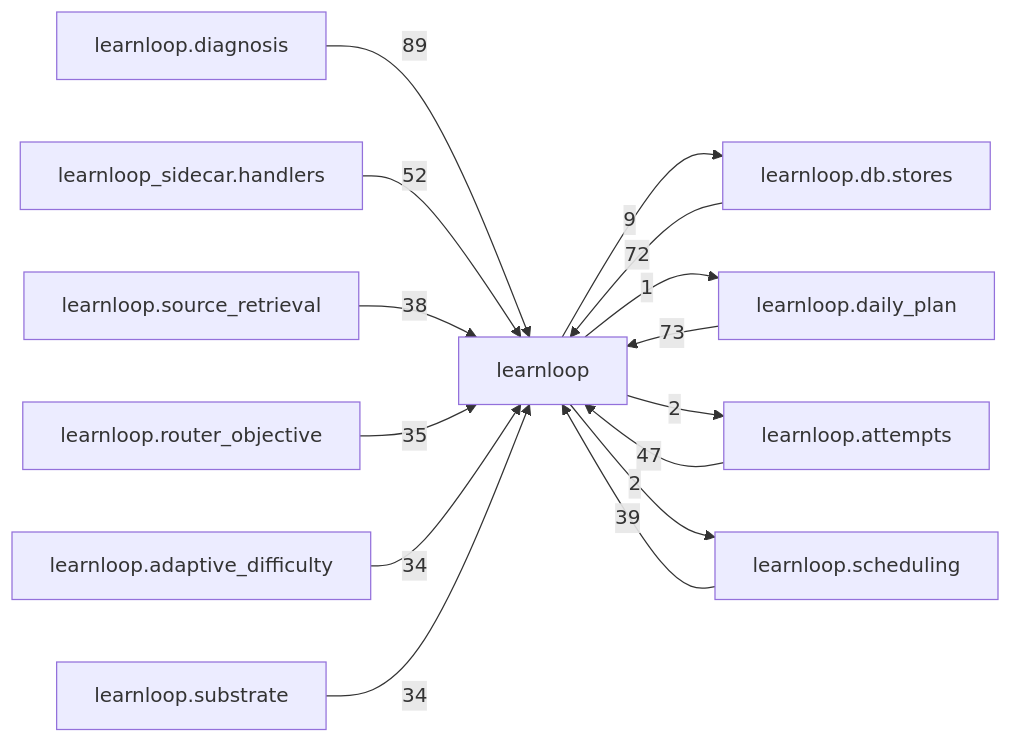
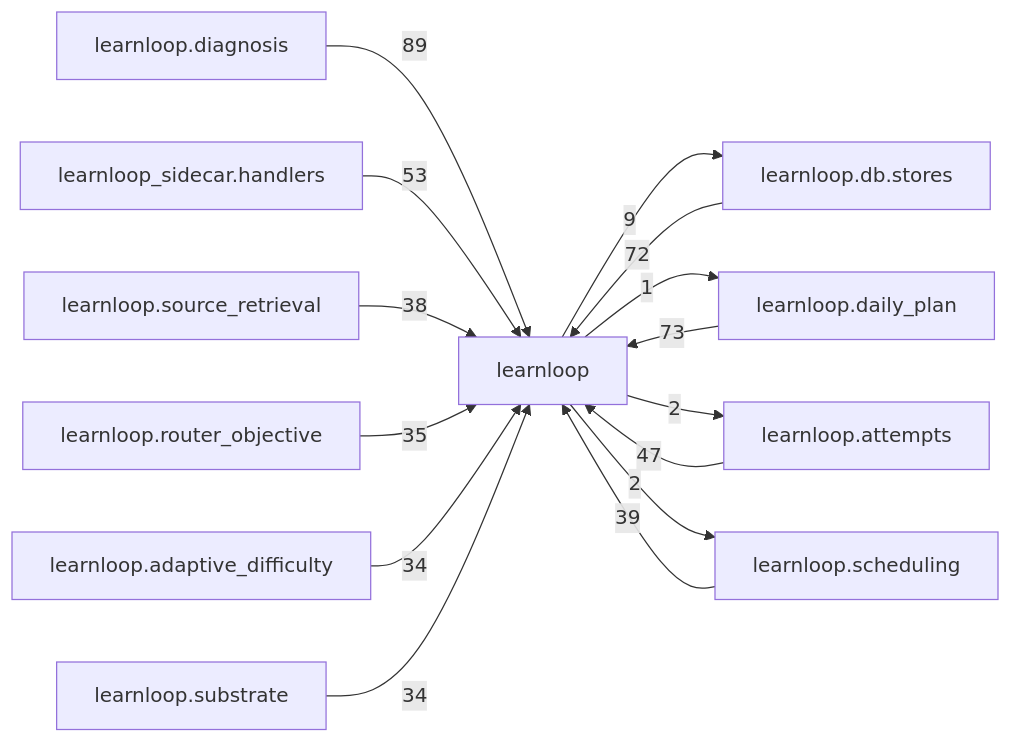
The diagram in docs/learnloop-architecture-vault/Reference/Modules/learnloop/_package.md (6up-b/learnanything), drawn with Mermaid before and after one commit. The commit also changed other lines of this file and 46 other files, not shown here.

````diff
--- a/docs/learnloop-architecture-vault/Reference/Modules/learnloop/_package.md
+++ b/docs/learnloop-architecture-vault/Reference/Modules/learnloop/_package.md
@@ -271,28 +271,28 @@
 ```mermaid
 flowchart LR
     center["learnloop"]
     n_learnloop_diagnosis["learnloop.diagnosis"]
     n_learnloop_db_stores["learnloop.db.stores"]
     n_learnloop_daily_plan["learnloop.daily_plan"]
     n_learnloop_sidecar_handlers["learnloop_sidecar.handlers"]
     n_learnloop_attempts["learnloop.attempts"]
     n_learnloop_scheduling["learnloop.scheduling"]
     n_learnloop_source_retrieval["learnloop.source_retrieval"]
     n_learnloop_router_objective["learnloop.router_objective"]
     n_learnloop_adaptive_difficulty["learnloop.adaptive_difficulty"]
     n_learnloop_substrate["learnloop.substrate"]
     n_learnloop_diagnosis -->|89| center
     n_learnloop_db_stores -->|72| center
     center -->|9| n_learnloop_db_stores
     n_learnloop_daily_plan -->|73| center
     center -->|1| n_learnloop_daily_plan
-    n_learnloop_sidecar_handlers -->|52| center
+    n_learnloop_sidecar_handlers -->|53| center
     n_learnloop_attempts -->|47| center
     center -->|2| n_learnloop_attempts
     n_learnloop_scheduling -->|39| center
     center -->|2| n_learnloop_scheduling
     n_learnloop_source_retrieval -->|38| center
     n_learnloop_router_objective -->|35| center
     n_learnloop_adaptive_difficulty -->|34| center
     n_learnloop_substrate -->|34| center
 ```
````
